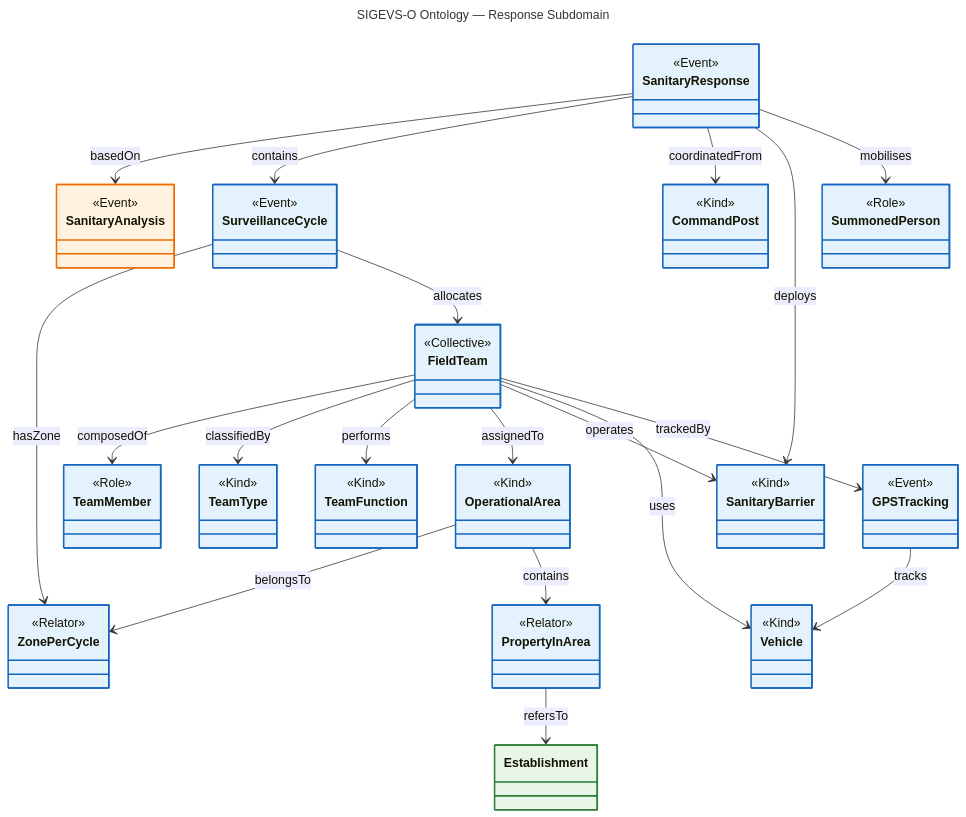
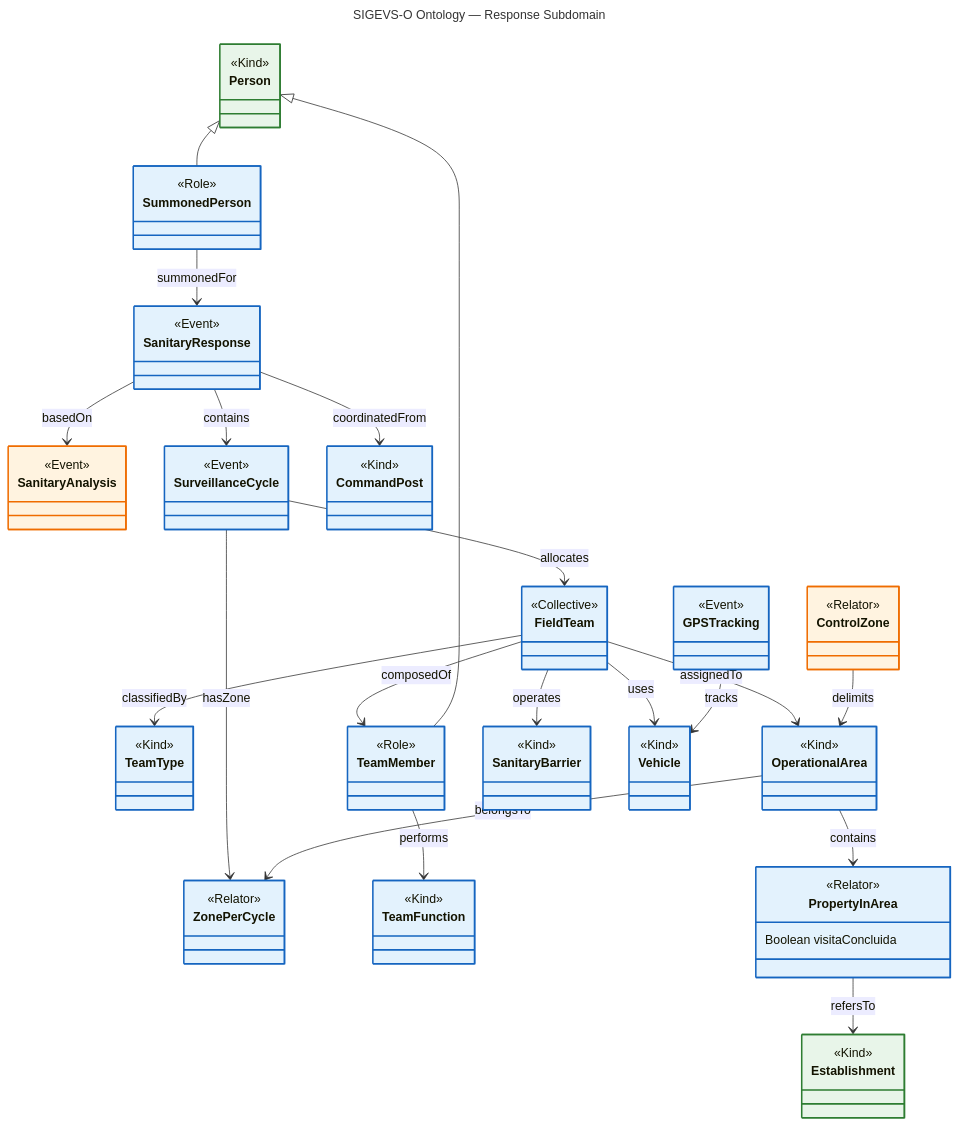
Before and after one commit to Felipeamadori/sigevs-o: the diagram in conceptual-model/onto-response.mmd, drawn with Mermaid. The commit also changed 12 other files, not shown here.

```diff
--- a/conceptual-model/onto-response.mmd
+++ b/conceptual-model/onto-response.mmd
@@ -1,85 +1,98 @@
 ---
 title: SIGEVS-O Ontology — Response Subdomain
 ---
 classDiagram
     class SanitaryResponse {
         <<Event>>
     }
     class SanitaryAnalysis {
         <<Event>>
     }
     class SurveillanceCycle {
         <<Event>>
     }
     class ZonePerCycle {
         <<Relator>>
     }
     class FieldTeam {
         <<Collective>>
     }
     class TeamType {
         <<Kind>>
     }
     class TeamMember {
         <<Role>>
     }
     class TeamFunction {
         <<Kind>>
     }
     class OperationalArea {
         <<Kind>>
     }
     class PropertyInArea {
         <<Relator>>
+        Boolean visitaConcluida
     }
     class SanitaryBarrier {
         <<Kind>>
     }
     class Vehicle {
         <<Kind>>
     }
     class CommandPost {
         <<Kind>>
     }
     class SummonedPerson {
         <<Role>>
     }
     class GPSTracking {
         <<Event>>
     }
+    class Person {
+        <<Kind>>
+    }
+    class Establishment {
+        <<Kind>>
+    }
+    class ControlZone {
+        <<Relator>>
+    }
 
     SanitaryResponse --> SanitaryAnalysis : basedOn
     SanitaryResponse --> SurveillanceCycle : contains
     SanitaryResponse --> CommandPost : coordinatedFrom
-    SanitaryResponse --> SanitaryBarrier : deploys
-    SanitaryResponse --> SummonedPerson : mobilises
+    SummonedPerson --> SanitaryResponse : summonedFor
     SurveillanceCycle --> ZonePerCycle : hasZone
     SurveillanceCycle --> FieldTeam : allocates
     FieldTeam --> TeamMember : composedOf
     FieldTeam --> TeamType : classifiedBy
-    FieldTeam --> TeamFunction : performs
     FieldTeam --> OperationalArea : assignedTo
     FieldTeam --> SanitaryBarrier : operates
     FieldTeam --> Vehicle : uses
-    FieldTeam --> GPSTracking : trackedBy
+    TeamMember --> TeamFunction : performs
     OperationalArea --> ZonePerCycle : belongsTo
     OperationalArea --> PropertyInArea : contains
     PropertyInArea --> Establishment : refersTo
     GPSTracking --> Vehicle : tracks
+    ControlZone --> OperationalArea : delimits
+    Person <|-- TeamMember
+    Person <|-- SummonedPerson
 
     style SanitaryResponse fill:#e3f2fd,stroke:#1565c0,stroke-width:2px
     style SurveillanceCycle fill:#e3f2fd,stroke:#1565c0,stroke-width:2px
     style ZonePerCycle fill:#e3f2fd,stroke:#1565c0,stroke-width:2px
     style FieldTeam fill:#e3f2fd,stroke:#1565c0,stroke-width:2px
     style TeamType fill:#e3f2fd,stroke:#1565c0,stroke-width:2px
     style TeamMember fill:#e3f2fd,stroke:#1565c0,stroke-width:2px
     style TeamFunction fill:#e3f2fd,stroke:#1565c0,stroke-width:2px
     style OperationalArea fill:#e3f2fd,stroke:#1565c0,stroke-width:2px
     style PropertyInArea fill:#e3f2fd,stroke:#1565c0,stroke-width:2px
     style SanitaryBarrier fill:#e3f2fd,stroke:#1565c0,stroke-width:2px
     style Vehicle fill:#e3f2fd,stroke:#1565c0,stroke-width:2px
     style CommandPost fill:#e3f2fd,stroke:#1565c0,stroke-width:2px
     style SummonedPerson fill:#e3f2fd,stroke:#1565c0,stroke-width:2px
     style GPSTracking fill:#e3f2fd,stroke:#1565c0,stroke-width:2px
+    style Person fill:#e8f5e9,stroke:#2e7d32,stroke-width:2px
     style Establishment fill:#e8f5e9,stroke:#2e7d32,stroke-width:2px
     style SanitaryAnalysis fill:#fff3e0,stroke:#ef6c00,stroke-width:2px
+    style ControlZone fill:#fff3e0,stroke:#ef6c00,stroke-width:2px
```
